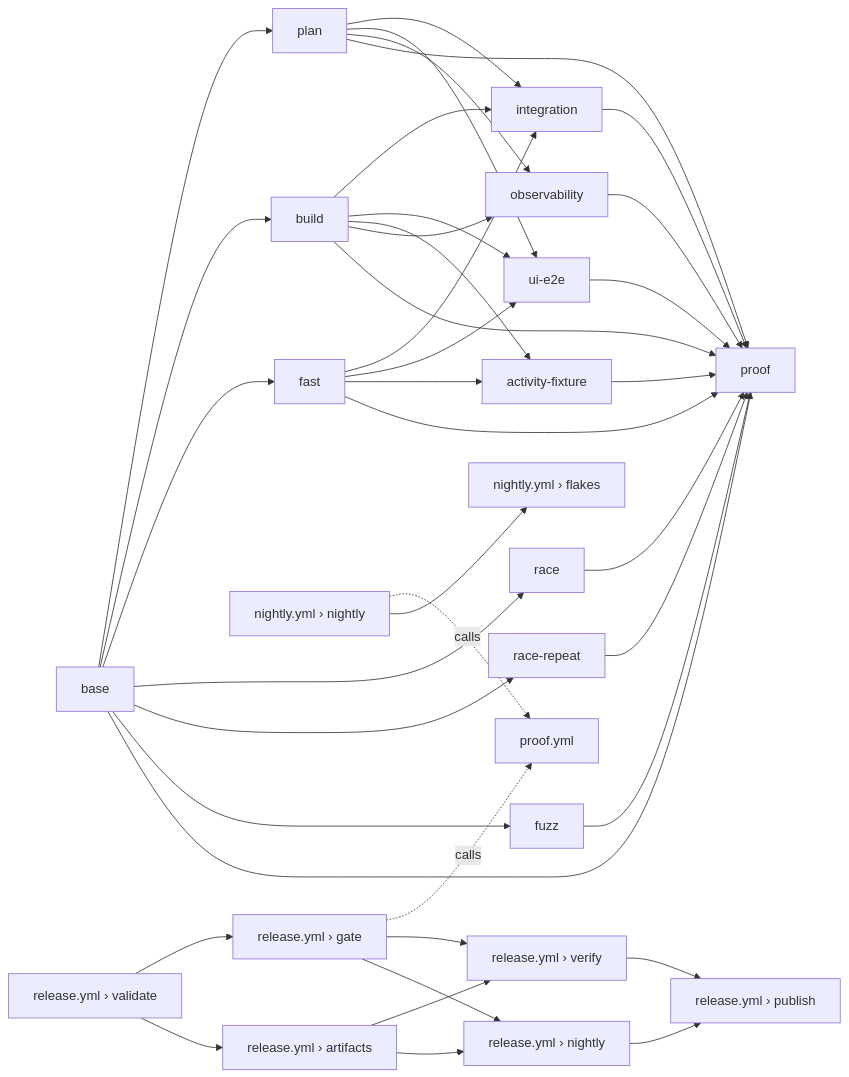
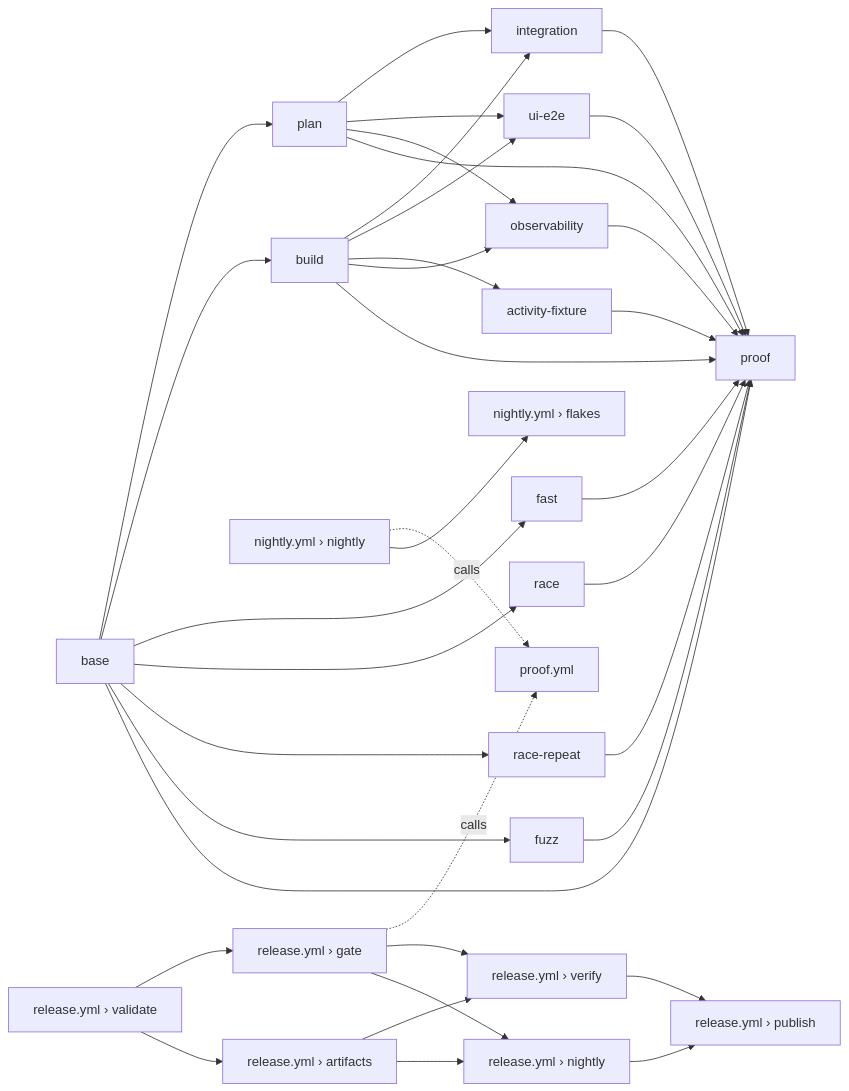
The diagram in docs/PROOFS.md (orkstack/orkstack), drawn with Mermaid before and after one commit. The commit also changed other lines of this file and 25 other files, not shown here.

````diff
--- a/docs/PROOFS.md
+++ b/docs/PROOFS.md
@@ -609,14 +609,13 @@
 ```mermaid
 flowchart LR
   base --> plan & build & fast & race & race_repeat["race-repeat"] & fuzz
   plan --> integration & ui_e2e["ui-e2e"] & observability
   build --> integration & ui_e2e & activity_fixture["activity-fixture"] & observability
-  fast --> integration & ui_e2e & activity_fixture
   base & plan & build & fast & race & race_repeat & fuzz & integration & ui_e2e & activity_fixture & observability --> proof
   nightly["nightly.yml › nightly"] -. calls .-> callee["proof.yml"]
   gate["release.yml › gate"] -. calls .-> callee
   validate["release.yml › validate"] --> gate --> verify["release.yml › verify"]
   validate --> artifacts["release.yml › artifacts"] --> verify --> publish["release.yml › publish"]
   gate & artifacts --> release_nightly["release.yml › nightly"] --> publish
   nightly --> flakes["nightly.yml › flakes"]
 ```
````
